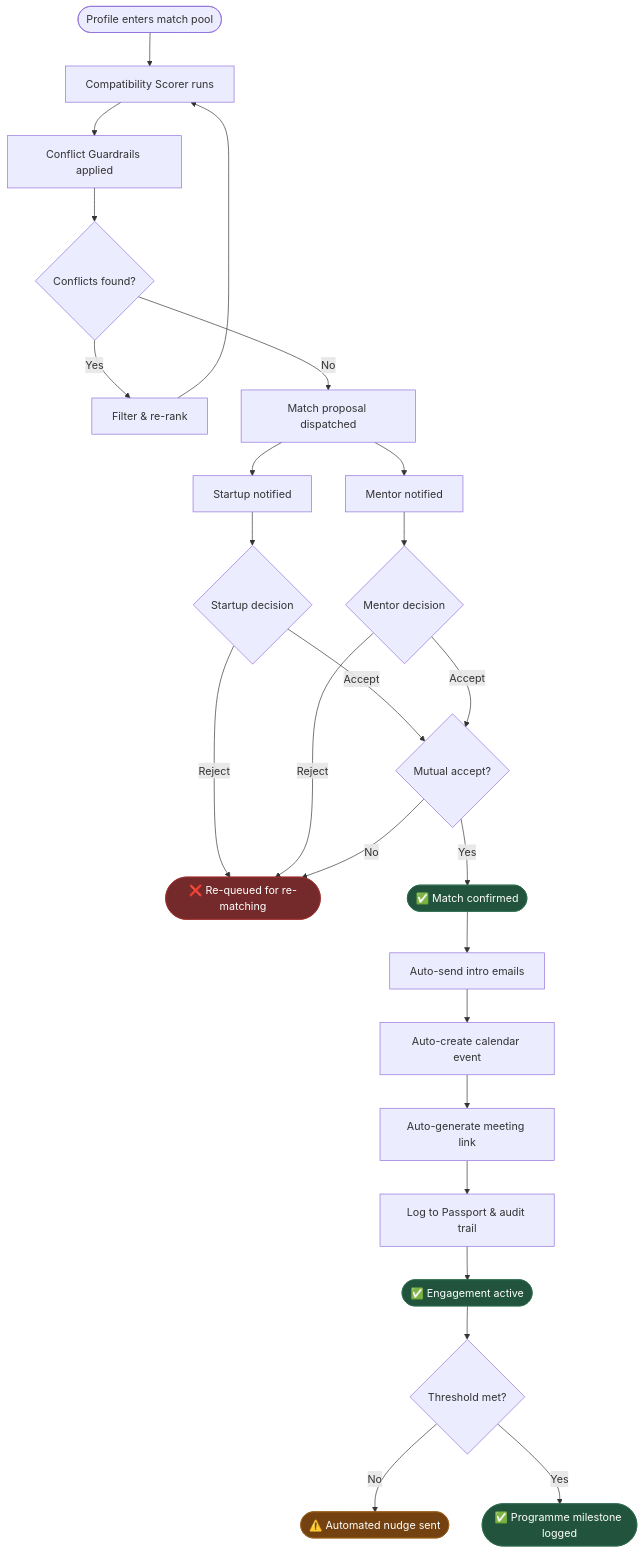
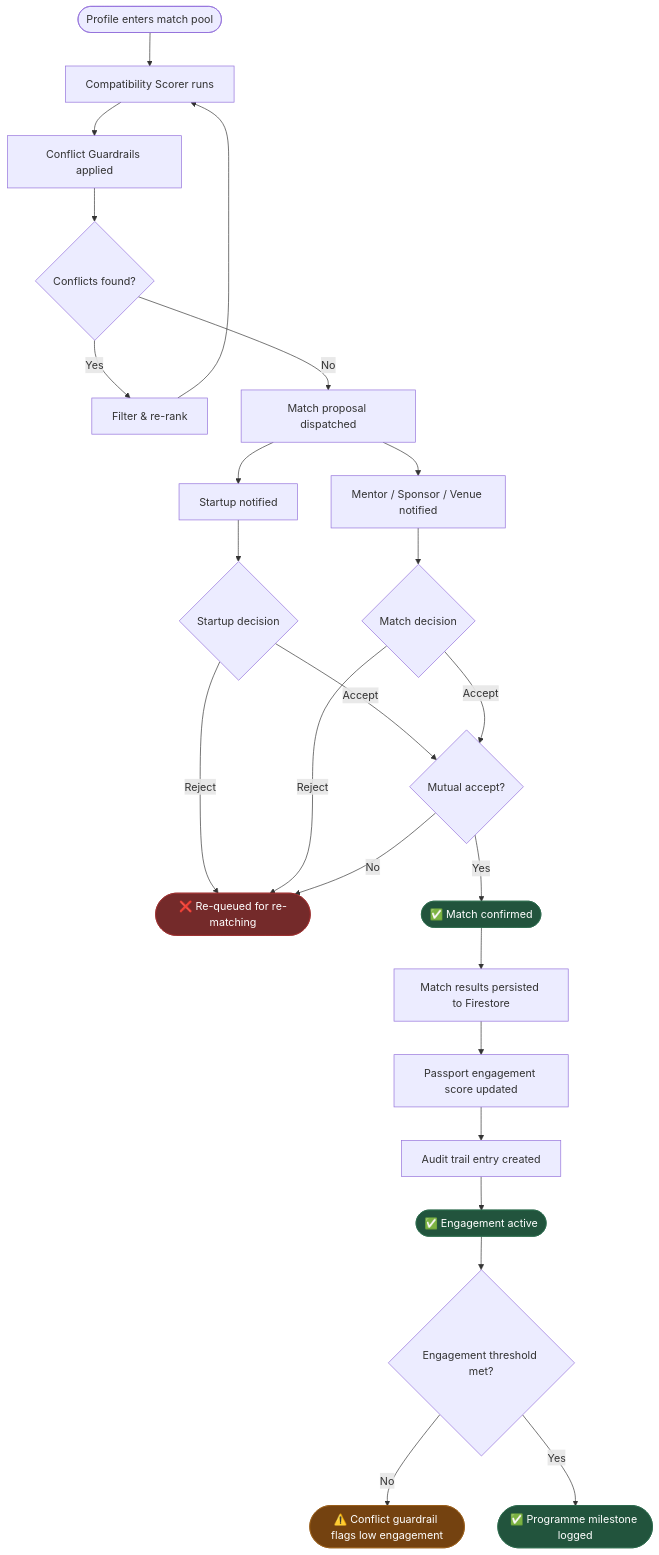
One commit to Ruchi-kun/Innoweb changed the second of 4 diagrams in README.md. Above: the diagram before and after it, drawn with Mermaid. The commit also changed other lines of this file, not shown here.

````diff
--- a/README.md
+++ b/README.md
@@ -198,39 +186,38 @@
 ```mermaid
 flowchart TD
     A([Profile enters match pool]) --> B[Compatibility Scorer runs]
     B --> C[Conflict Guardrails applied]
     C --> D{Conflicts found?}
     D -- Yes --> E[Filter & re-rank] --> B
     D -- No --> F[Match proposal dispatched]
 
     F --> G[Startup notified]
-    F --> H[Mentor notified]
+    F --> H[Mentor / Sponsor / Venue notified]
 
     G --> I{Startup decision}
-    H --> J{Mentor decision}
+    H --> J{Match decision}
 
     I -- Reject --> FAIL([❌ Re-queued for re-matching])
     J -- Reject --> FAIL
 
     I -- Accept --> K{Mutual accept?}
     J -- Accept --> K
 
     K -- No --> FAIL
     K -- Yes --> L([✅ Match confirmed])
 
-    L --> M[Auto-send intro emails]
-    M --> N[Auto-create calendar event]
-    N --> O[Auto-generate meeting link]
-    O --> P[Log to Passport & audit trail]
-    P --> Q([✅ Engagement active])
+    L --> M[Match results persisted to Firestore]
+    M --> N[Passport engagement score updated]
+    N --> O[Audit trail entry created]
+    O --> P([✅ Engagement active])
 
-    Q --> R{Threshold met?}
-    R -- No --> S([⚠️ Automated nudge sent])
-    R -- Yes --> T([✅ Programme milestone logged])
+    P --> Q{Engagement threshold met?}
+    Q -- No --> R([⚠️ Conflict guardrail flags low engagement])
+    Q -- Yes --> S([✅ Programme milestone logged])
 
     style FAIL fill:#742a2a,stroke:#9b2c2c,color:#fff
     style L fill:#22543d,stroke:#276749,color:#fff
-    style Q fill:#22543d,stroke:#276749,color:#fff
-    style T fill:#22543d,stroke:#276749,color:#fff
-    style S fill:#744210,stroke:#975a16,color:#fff
+    style P fill:#22543d,stroke:#276749,color:#fff
+    style S fill:#22543d,stroke:#276749,color:#fff
+    style R fill:#744210,stroke:#975a16,color:#fff
 ```
````
